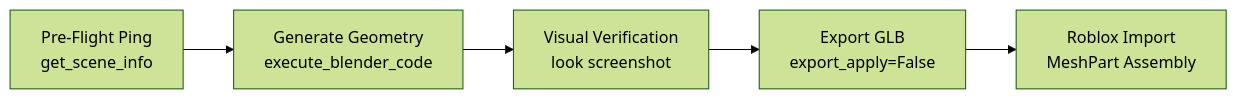
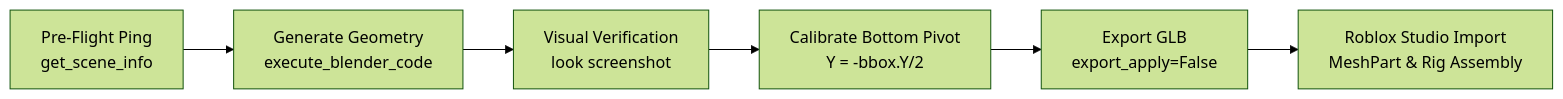
One commit to letikkk/obsidian-vault changed the diagram in 02 - Areas/Blender Modeler & 3D Art.md. Above: the diagram before and after it, drawn with Mermaid (forest theme). The commit also changed other lines of this file and 1 other file, not shown here.

````diff
--- a/02 - Areas/Blender Modeler & 3D Art.md
+++ b/02 - Areas/Blender Modeler & 3D Art.md
@@ -73,7 +131,8 @@
 ```mermaid
 flowchart LR
     A[Pre-Flight Ping<br/>get_scene_info] --> B[Generate Geometry<br/>execute_blender_code]
     B --> C[Visual Verification<br/>look screenshot]
-    C --> D[Export GLB<br/>export_apply=False]
-    D --> E[Roblox Import<br/>MeshPart Assembly]
+    C --> D[Calibrate Bottom Pivot<br/>Y = -bbox.Y/2]
+    D --> E[Export GLB<br/>export_apply=False]
+    E --> F[Roblox Studio Import<br/>MeshPart & Rig Assembly]
 ```
````
